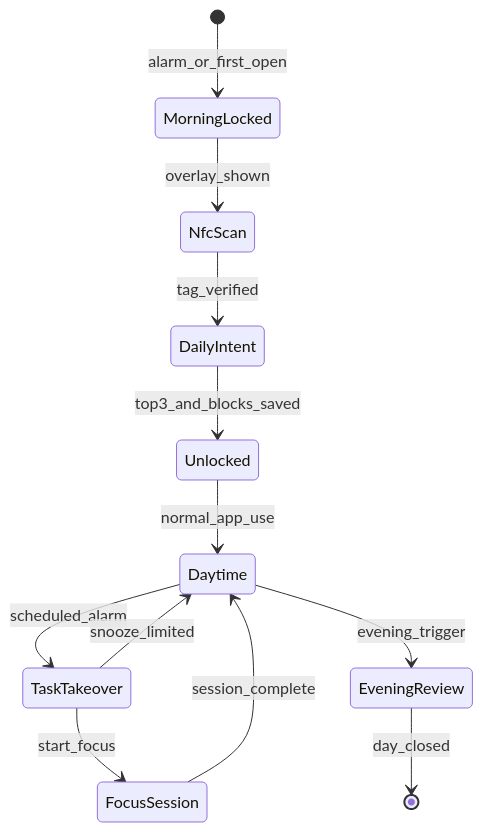
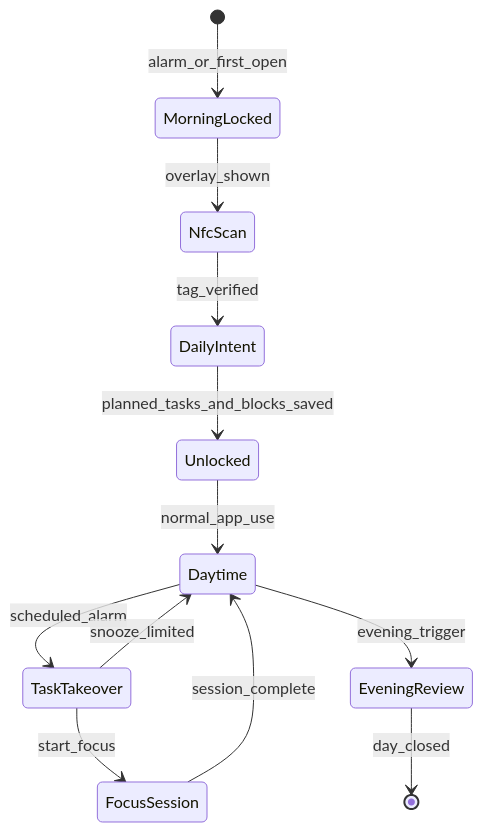
The first of 6 diagrams in docs/design/user-flows.md (OwenBueno/Stella-Project), drawn with Mermaid before and after one commit. The commit also changed other lines of this file and 171 other files, not shown here.

````diff
--- a/docs/design/user-flows.md
+++ b/docs/design/user-flows.md
@@ -7,14 +7,14 @@
 ```mermaid
 stateDiagram-v2
   [*] --> MorningLocked: alarm_or_first_open
   MorningLocked --> NfcScan: overlay_shown
   NfcScan --> DailyIntent: tag_verified
-  DailyIntent --> Unlocked: top3_and_blocks_saved
+  DailyIntent --> Unlocked: planned_tasks_and_blocks_saved
   Unlocked --> Daytime: normal_app_use
   Daytime --> TaskTakeover: scheduled_alarm
   TaskTakeover --> FocusSession: start_focus
   TaskTakeover --> Daytime: snooze_limited
   FocusSession --> Daytime: session_complete
   Daytime --> EveningReview: evening_trigger
   EveningReview --> [*]: day_closed
 ```
````
